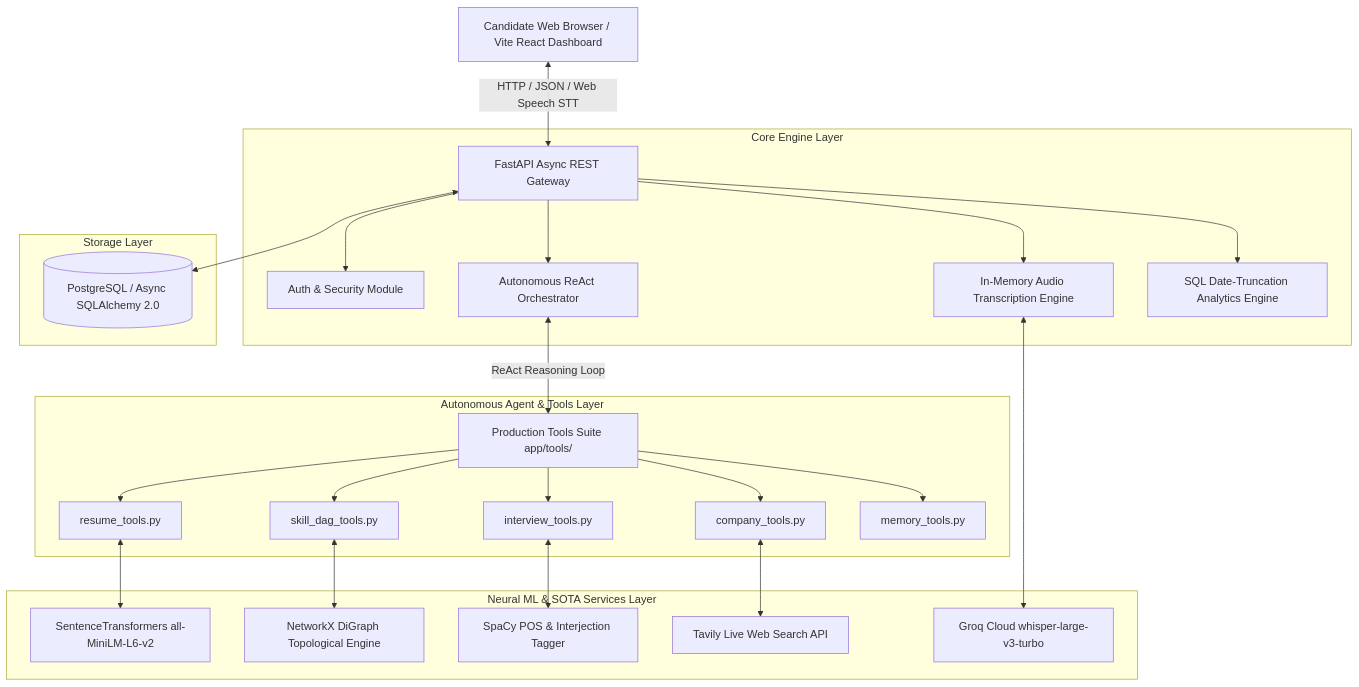
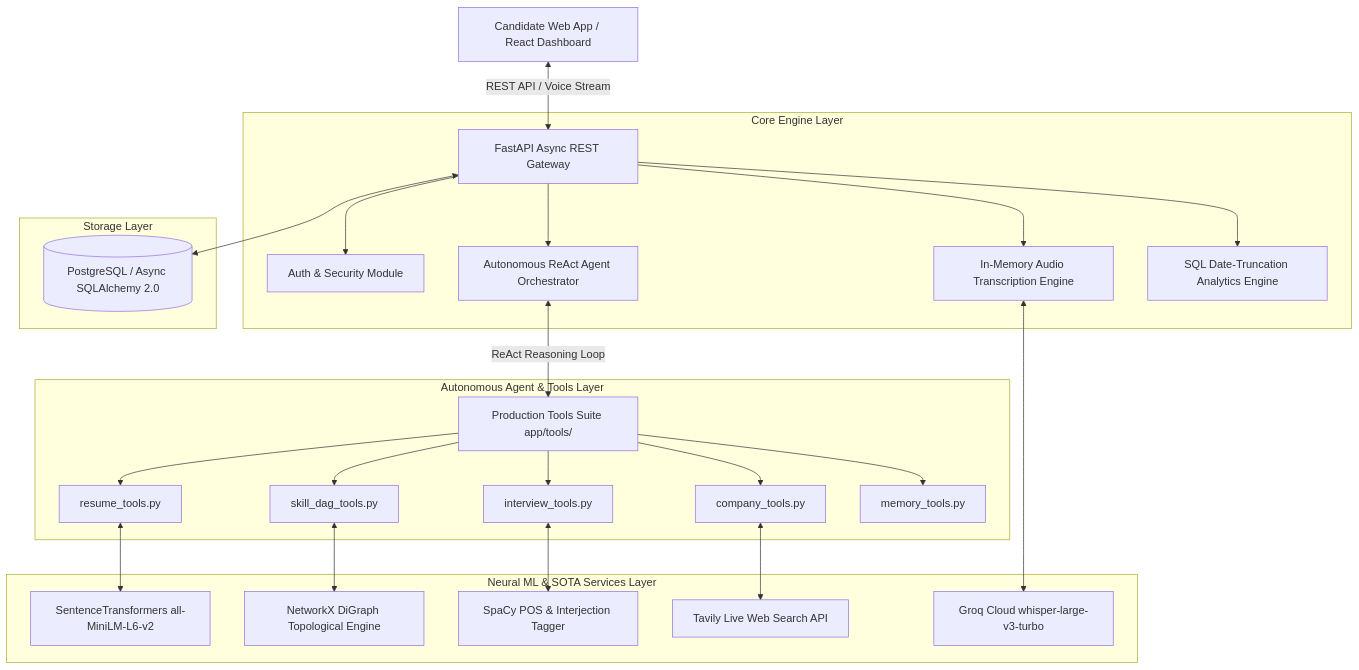
The first of 3 diagrams in README.md (PavanKalyan1430/A.C.E.-Autonomous-Career-Intelligence-Engine), drawn with Mermaid before and after one commit. The commit also changed other lines of this file, not shown here.

````diff
--- a/README.md
+++ b/README.md
@@ -50,32 +65,32 @@
 ```mermaid
 graph TD
-    Client[Candidate Web Browser / Vite React Dashboard] <-->|HTTP / JSON / Web Speech STT| Gateway[FastAPI Async REST Gateway]
+    Client[Candidate Web App / React Dashboard] <-->|REST API / Voice Stream| Gateway[FastAPI Async REST Gateway]
 
     subgraph Core Engine Layer
         Gateway --> Auth[Auth & Security Module]
-        Gateway --> Agent[Autonomous ReAct Orchestrator]
+        Gateway --> Agent[Autonomous ReAct Agent Orchestrator]
         Gateway --> Audio[In-Memory Audio Transcription Engine]
         Gateway --> Analytics[SQL Date-Truncation Analytics Engine]
     end
 
     subgraph Autonomous Agent & Tools Layer
         Agent <-->|ReAct Reasoning Loop| Tools[Production Tools Suite app/tools/]
         Tools --> ResumeTools[resume_tools.py]
         Tools --> SkillTools[skill_dag_tools.py]
         Tools --> CompanyTools[company_tools.py]
         Tools --> InterviewTools[interview_tools.py]
         Tools --> MemoryTools[memory_tools.py]
     end
 
     subgraph Neural ML & SOTA Services Layer
         ResumeTools <--> ST[SentenceTransformers all-MiniLM-L6-v2]
         SkillTools <--> NX[NetworkX DiGraph Topological Engine]
         InterviewTools <--> SpaCy[SpaCy POS & Interjection Tagger]
         CompanyTools <--> Tavily[Tavily Live Web Search API]
         Audio <--> Groq[Groq Cloud whisper-large-v3-turbo]
     end
 
     subgraph Storage Layer
         Gateway <--> DB[(PostgreSQL / Async SQLAlchemy 2.0)]
     end
 ```
````
